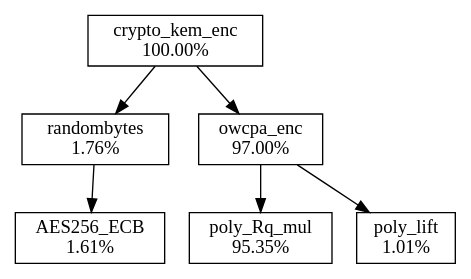
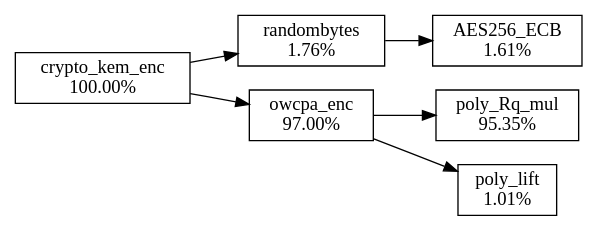
One commit to profiling-pqc-kem-thesis/data changed the diagram in ntru/hot-paths/crypto_kem_enc.dot. Above: the diagram before and after it, drawn with Graphviz. The commit also changed 8 other files, not shown here.

Commit message:
Make graphs render left to right

```diff
--- a/ntru/hot-paths/crypto_kem_enc.dot
+++ b/ntru/hot-paths/crypto_kem_enc.dot
@@ -1,16 +1,17 @@
 digraph G {
+  rankdir=LR;
   {
     node [shape=box]
     crypto_kem_enc[label="crypto_kem_enc\n100.00%"]
     randombytes[label="randombytes\n1.76%"]
     owcpa_enc[label="owcpa_enc\n97.00%"]
     poly_Rq_mul[label="poly_Rq_mul\n95.35%"]
     poly_lift[label="poly_lift\n1.01%"]
     AES256_ECB[label="AES256_ECB\n1.61%"]
   }
   crypto_kem_enc -> randombytes
   crypto_kem_enc -> owcpa_enc
   randombytes -> AES256_ECB
   owcpa_enc -> poly_Rq_mul
   owcpa_enc -> poly_lift
 }
```
